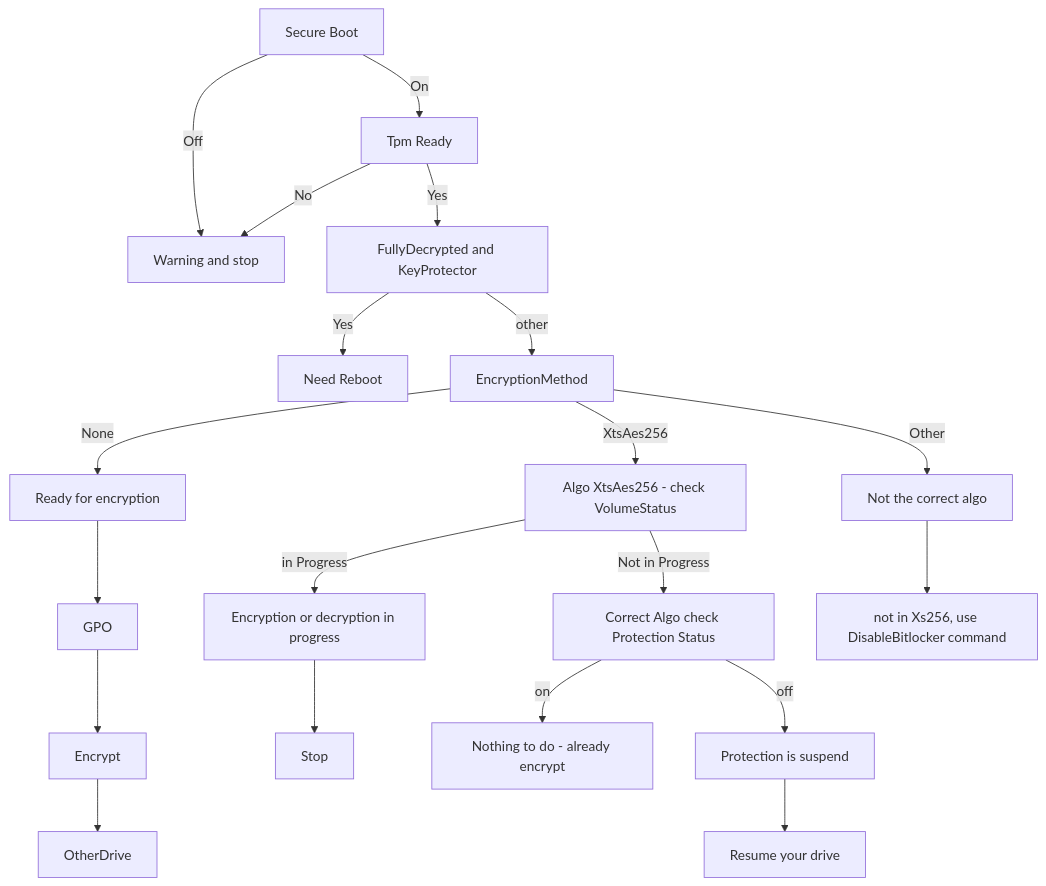
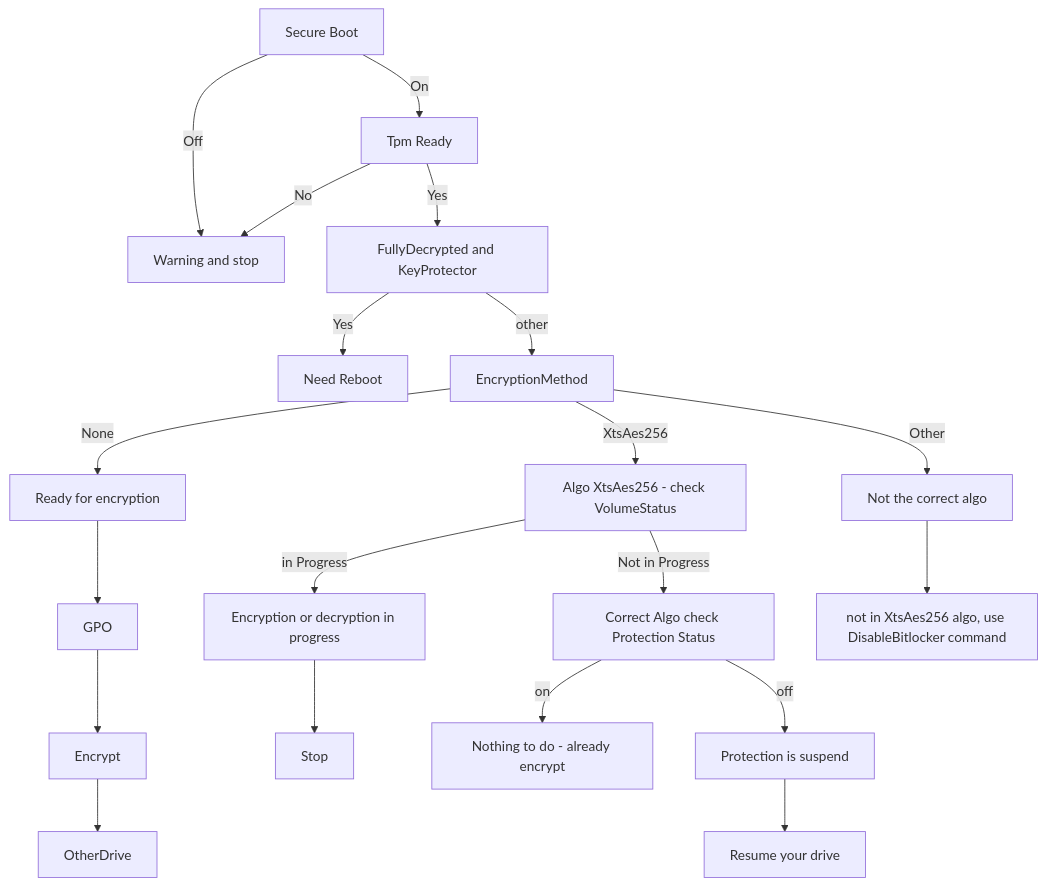
Before and after one commit to jl-oclinux/SecWinBatchMode: the diagram in BitlockerAlgo.md, drawn with Mermaid.

````diff
--- a/BitlockerAlgo.md
+++ b/BitlockerAlgo.md
@@ -3,19 +3,19 @@
 ```mermaid
 graph TD
    Node1[Secure Boot] -->|On| Node2
    Node1[Secure Boot] -->|Off| Node3[Warning and stop]
    Node2[Tpm Ready] --> |Yes|Node4
    Node2[Tpm Ready] --> |No|Node3
    Node4[FullyDecrypted and KeyProtector] --> |Yes|Reboot[Need Reboot]
    Node4[FullyDecrypted and KeyProtector] --> |other|Node5
    Node5[EncryptionMethod] --> |None| NodeNone
    Node5[EncryptionMethod] --> |XtsAes256| Node256
    Node5[EncryptionMethod] --> |Other| NodeOther
    NodeNone[Ready for encryption] --> gpo[GPO] --> encrypt[Encrypt] --> OtherDrive
    Node256[Algo XtsAes256 - check VolumeStatus] --> |in Progress| InProgress[Encryption or decryption in progress] --> Stop
    Node256[Algo XtsAes256 - check VolumeStatus] --> |Not in Progress| NotProgress
    NotProgress[Correct Algo check Protection Status] --> |on| nothing[Nothing to do - already encrypt]
    NotProgress[Correct Algo check Protection Status] --> |off| suspend[Protection is suspend] --> resume[Resume your drive]
-   NodeOther[Not the correct algo] --> Not256[not in Xs256, use DisableBitlocker command]
+   NodeOther[Not the correct algo] --> Not256[not in XtsAes256 algo, use DisableBitlocker command]
 
   ``` 
````
